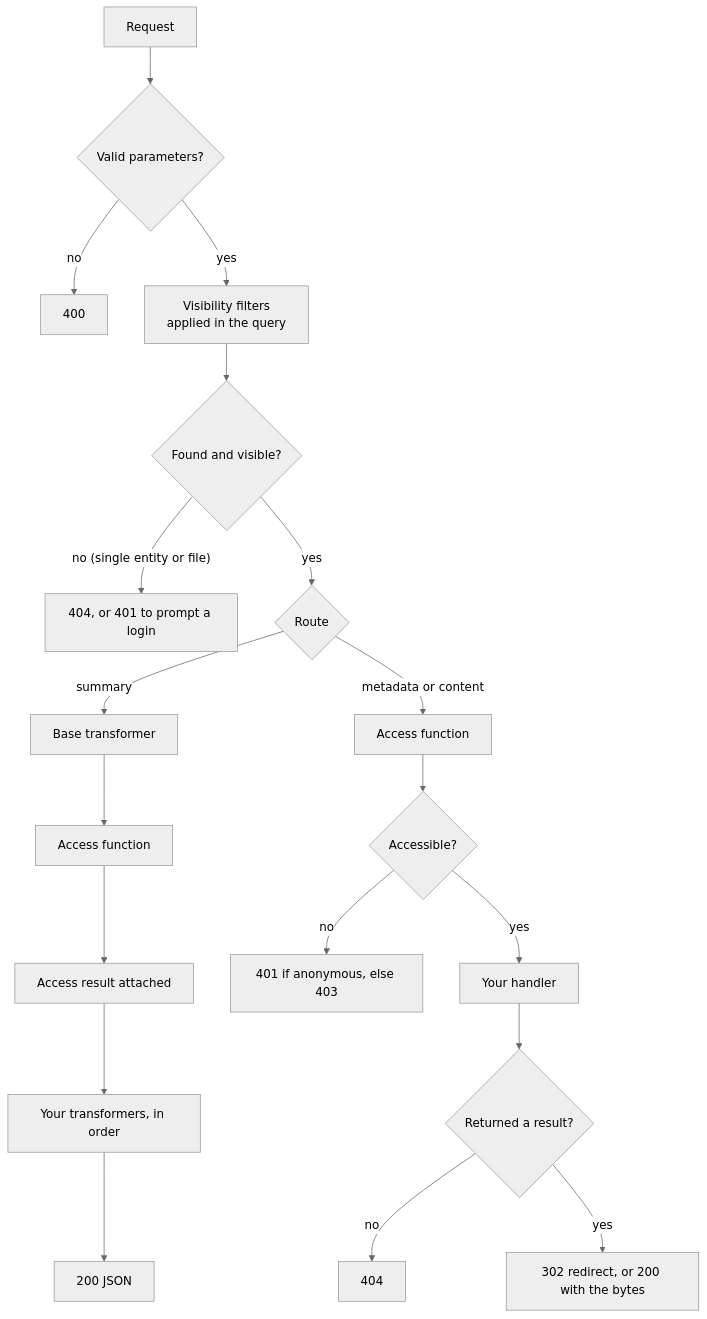
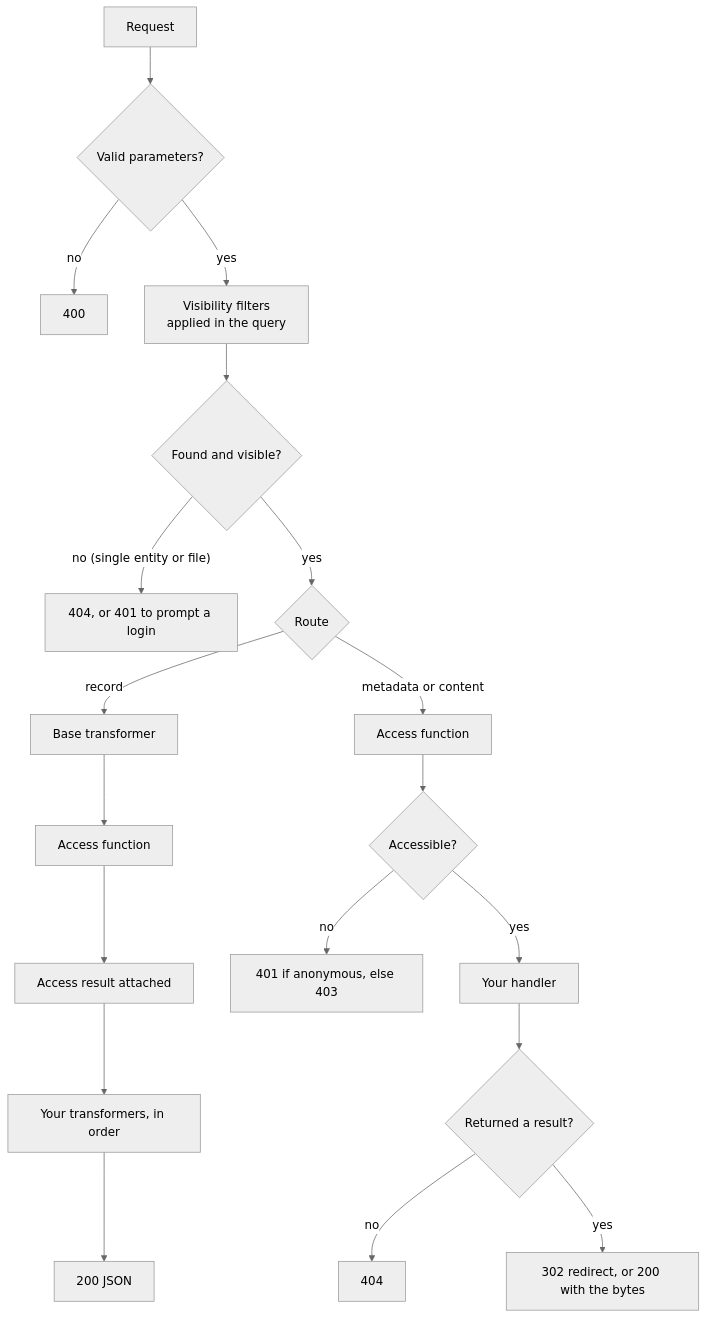
The diagram in website/src/content/docs/concepts/request-lifecycle.mdx (Language-Research-Technology/arocapi), drawn with Mermaid (neutral theme) before and after one commit. The commit also changed other lines of this file and 70 other files, not shown here.

````diff
--- a/website/src/content/docs/concepts/request-lifecycle.mdx
+++ b/website/src/content/docs/concepts/request-lifecycle.mdx
@@ -20,21 +20,21 @@
 ```mermaid
 flowchart TB
   request[Request] --> validate{Valid parameters?}
   validate -- no --> badRequest[400]
   validate -- yes --> visibility[Visibility filters<br/>applied in the query]
   visibility --> visible{Found and visible?}
   visible -- "no (single entity or file)" --> notVisible[404, or 401 to prompt a login]
   visible -- yes --> shape{Route}
-  shape -- summary --> base[Base transformer]
+  shape -- record --> base[Base transformer]
   base --> accessFn[Access function]
   accessFn --> attach[Access result attached]
   attach --> transformers[Your transformers, in order]
   transformers --> json[200 JSON]
   shape -- metadata or content --> guard[Access function]
   guard --> accessible{Accessible?}
   accessible -- no --> denied[401 if anonymous, else 403]
   accessible -- yes --> handler[Your handler]
   handler --> found{Returned a result?}
   found -- no --> missing[404]
   found -- yes --> bytes[302 redirect, or 200 with the bytes]
 ```
````
